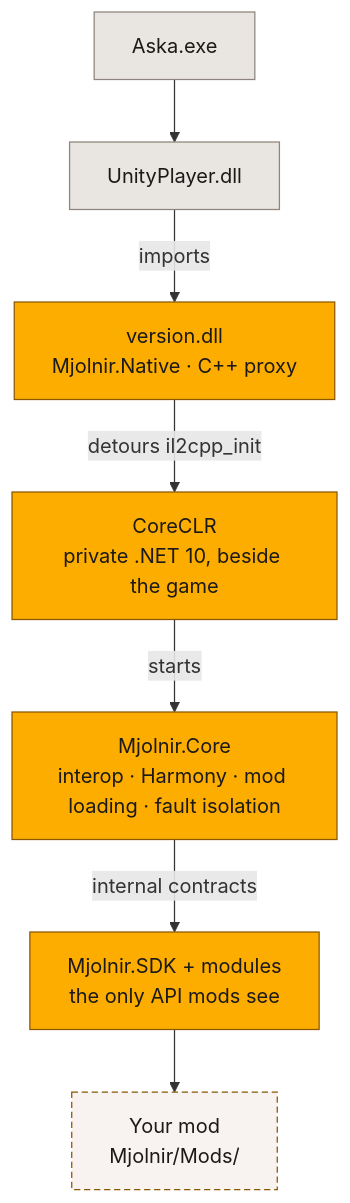
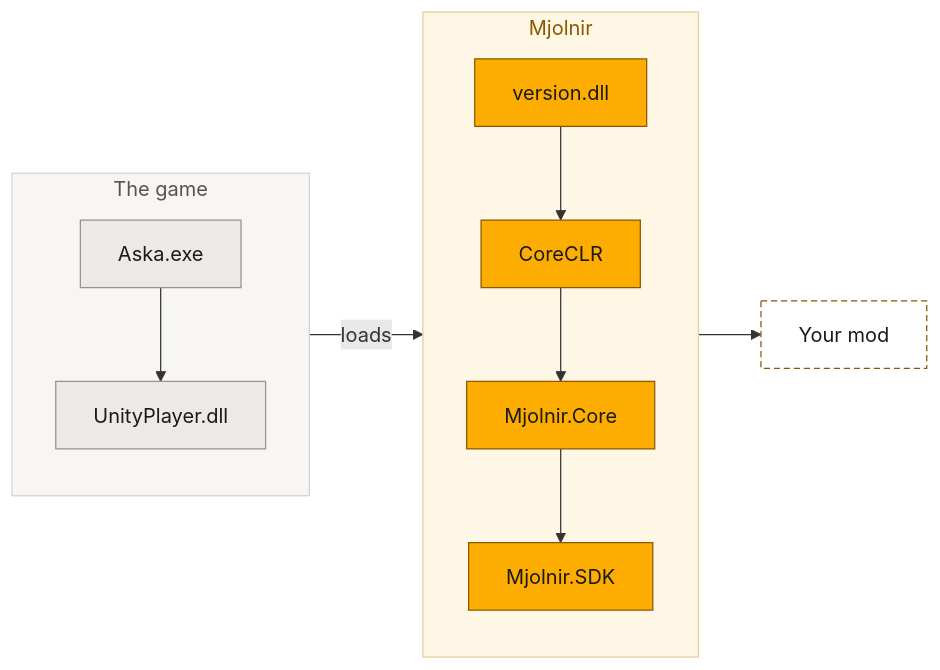
One commit to Aska-Modding-Community/Mjolnir changed the diagram in README.md. Above: the diagram before and after it, drawn with Mermaid.

Commit message:
README: the boot chain in one row, groups for the game and Mjolnir

````diff
--- a/README.md
+++ b/README.md
@@ -97,24 +97,24 @@
 ```mermaid
-flowchart TD
-    exe["Aska.exe"]
-    player["UnityPlayer.dll"]
-    proxy["version.dll<br/>Mjolnir.Native · C++ proxy"]
-    clr["CoreCLR<br/>private .NET 10, beside the game"]
-    core["Mjolnir.Core<br/>interop · Harmony · mod loading · fault isolation"]
-    sdk["Mjolnir.SDK + modules<br/>the only API mods see"]
-    mod["Your mod<br/>Mjolnir/Mods/"]
+flowchart LR
+    subgraph game ["The game"]
+        direction TB
+        exe["Aska.exe"] --> player["UnityPlayer.dll"]
+    end
 
-    exe --> player
-    player -- imports --> proxy
-    proxy -- "detours il2cpp_init" --> clr
-    clr -- starts --> core
-    core -- "internal contracts" --> sdk
-    sdk --> mod
+    subgraph mjolnir ["Mjolnir"]
+        direction TB
+        proxy["version.dll"] --> clr["CoreCLR"] --> core["Mjolnir.Core"] --> sdk["Mjolnir.SDK"]
+    end
 
-    classDef game fill:#e9e5e1,stroke:#8d857d,color:#1b1a18
-    classDef mjolnir fill:#fdac00,stroke:#8a5800,color:#1b1a18
-    classDef yours fill:#f8f2f0,stroke:#8a5800,color:#1b1a18,stroke-dasharray:5 3
-    class exe,player game
-    class proxy,clr,core,sdk mjolnir
+    player -- loads --> proxy
+    sdk --> mod["Your mod"]
+
+    classDef gamebox fill:#eceae7,stroke:#9a918a,color:#1b1a18
+    classDef mine fill:#fdac00,stroke:#8a5800,color:#1b1a18
+    classDef yours fill:#ffffff,stroke:#8a5800,color:#1b1a18,stroke-dasharray:5 3
+    class exe,player gamebox
+    class proxy,clr,core,sdk mine
     class mod yours
+    style game fill:#f7f6f4,stroke:#d8d2cc,color:#5c524b
+    style mjolnir fill:#fff7e6,stroke:#e8cd96,color:#8a5800
 ```
````
